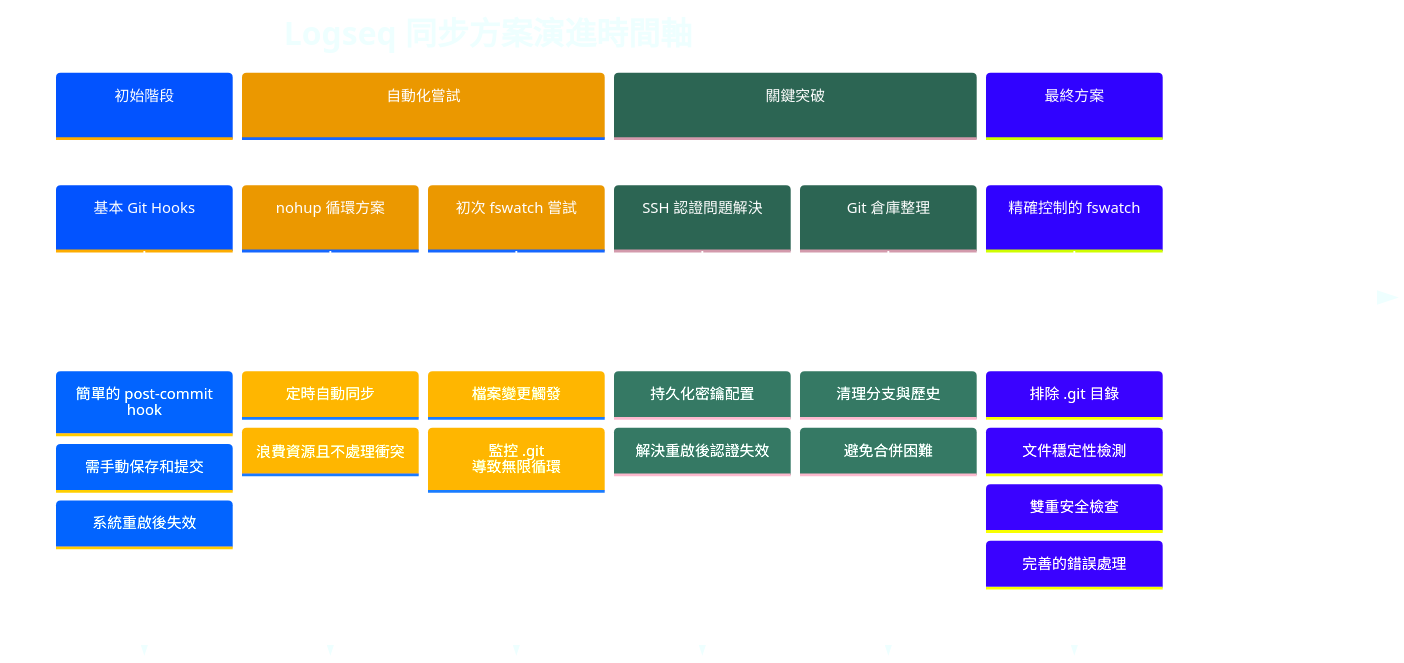
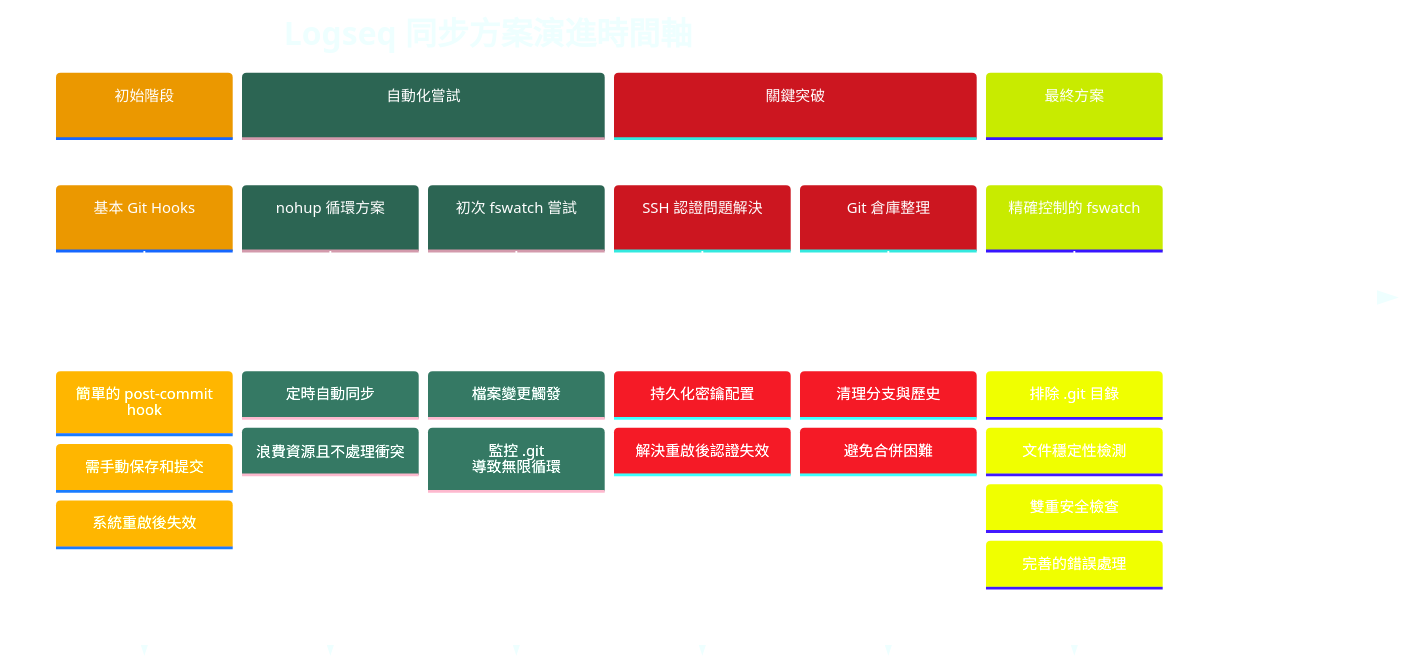
Before and after one commit to GengGeng026/Sync-Logseq: the first of 2 diagrams in Logseq同步方案演進記錄.md, drawn with Mermaid.

Commit message:
Auto-sync: Wed Mar 26 08:39:24 +08 2025

````diff
--- a/Logseq同步方案演進記錄.md
+++ b/Logseq同步方案演進記錄.md
@@ -27,45 +27,45 @@
 ```mermaid
 %%{init: {
   'theme': 'base', 
   'themeVariables': {
-    'primaryColor': '#82AAFF',
-    'secondaryColor': '#FFCB6B',
-    'tertiaryColor': '#59B79A',
-    'quaternaryColor': '#F07178',
+    'primaryColor': '#FFCB6B',
+    'secondaryColor': '#59B79A',
+    'tertiaryColor': '#F07178',
+    'quaternaryColor': '#651FFF',
     'primaryTextColor': '#FFFFFF',
     'primaryBorderColor': '#59B79A',
     'lineColor': '#C792EA',
     'background': 'transparent',
     'textColor': '#EEFFFF',
     'nodeBorder': '#59B79A',
     'clusterBkg': 'transparent',
     'titleColor': '#EEFFFF',
     'sectionBkgColor': '#273747',
     'sectionBkgColor2': '#334455',
     'sectionBkgColor3': '#3A4A5A',
     'sectionBkgColor4': '#42546A',
     'sectionBkgColor5': '#4B5E78'
   }
 }}%%
 timeline
     title Logseq 同步方案演進時間軸
     section 初始階段
         基本 Git Hooks : 簡單的 post-commit hook
         : 需手動保存和提交
         : 系統重啟後失效
     section 自動化嘗試
         nohup 循環方案 : 定時自動同步
         : 浪費資源且不處理衝突
         初次 fswatch 嘗試 : 檔案變更觸發
         : 監控 .git 導致無限循環
     section 關鍵突破
         SSH 認證問題解決 : 持久化密鑰配置
         : 解決重啟後認證失效
         Git 倉庫整理 : 清理分支與歷史
         : 避免合併困難
     section 最終方案
         精確控制的 fswatch : 排除 .git 目錄
         : 文件穩定性檢測
         : 雙重安全檢查
         : 完善的錯誤處理
 ```
````
